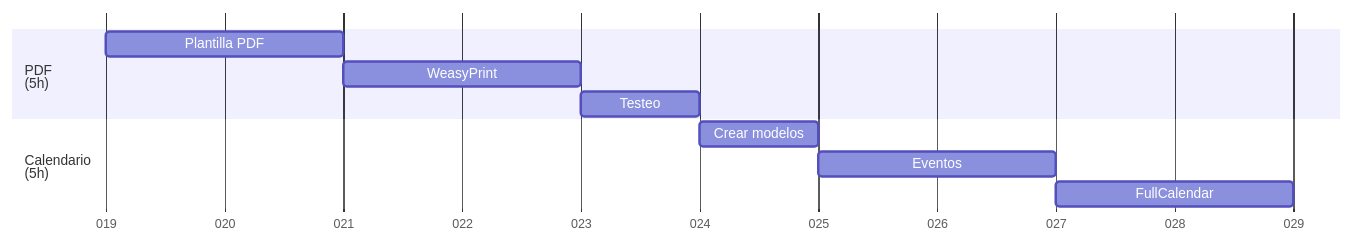
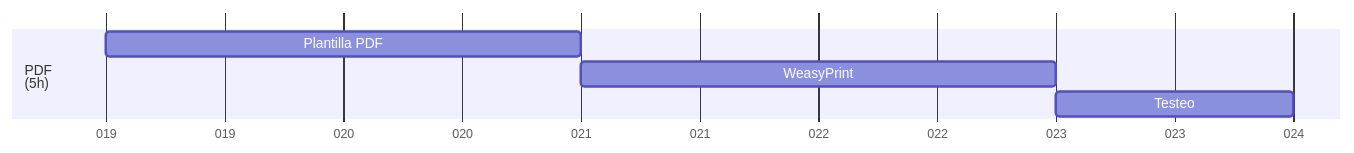
Before and after one commit to Covija97/BadenTracker: the fifth of 9 diagrams in .info/roadmap.md, drawn with Mermaid. The commit also changed other lines of this file, not shown here.

Commit message:
Update roadmap.md to enhance Gantt chart sections with date formatting and improve task visualization

````diff
--- a/.info/roadmap.md
+++ b/.info/roadmap.md
@@ -61,15 +71,10 @@
 ```mermaid
 gantt
     dateFormat  DDD
     axisFormat %j
 
     section PDF<br>(5h)
     Plantilla PDF               : 01-19, 2d
     WeasyPrint                  : 01-21, 2d
     Testeo                      : 01-23, 1d
-    
-    section Calendario<br>(5h)
-    Crear modelos               : 01-24, 1d
-    Eventos                     : 01-25, 2d
-    FullCalendar                : 01-27, 2d
-```
+ ```
````
